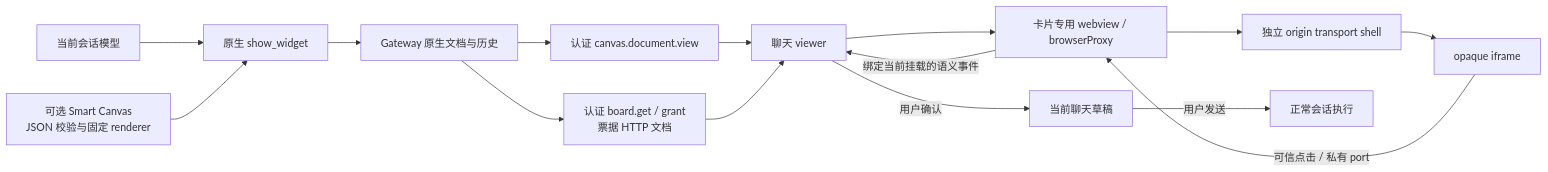
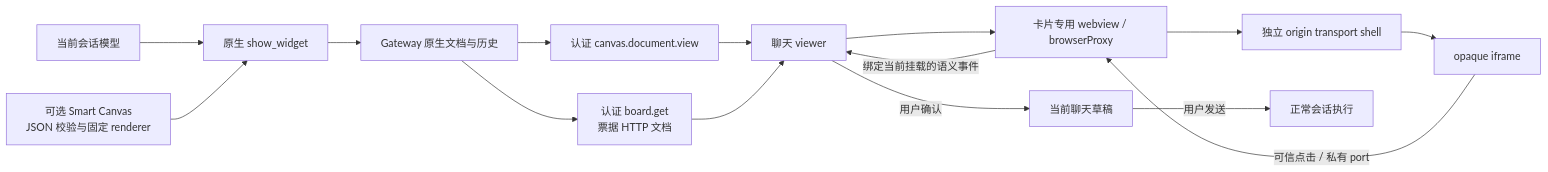
One commit to liangxhao/JustDo changed the diagram in docs/features/chat/interactive-answers.md. Above: the diagram before and after it, drawn with Mermaid. The commit also changed other lines of this file and 64 other files, not shown here.

````diff
--- a/docs/features/chat/interactive-answers.md
+++ b/docs/features/chat/interactive-answers.md
@@ -279,17 +203,17 @@
 ```mermaid
 flowchart LR
   Model[当前会话模型] --> Tool[原生 show_widget]
   Plugin[可选 Smart Canvas<br/>JSON 校验与固定 renderer] --> Tool
   Tool --> Native[Gateway 原生文档与历史]
   Native --> View[认证 canvas.document.view]
-  Native --> Board[认证 board.get / grant<br/>票据 HTTP 文档]
+  Native --> Board[认证 board.get<br/>票据 HTTP 文档]
   View --> Host[聊天 viewer]
   Board --> Host
   Host --> Guest[卡片专用 webview / browserProxy]
   Guest --> Outer[独立 origin transport shell]
   Outer --> Inner[opaque iframe]
   Inner -->|可信点击 / 私有 port| Guest
   Guest -->|绑定当前挂载的语义事件| Host
   Host -->|用户确认| Draft[当前聊天草稿]
   Draft -->|用户发送| Run[正常会话执行]
 ```
````
